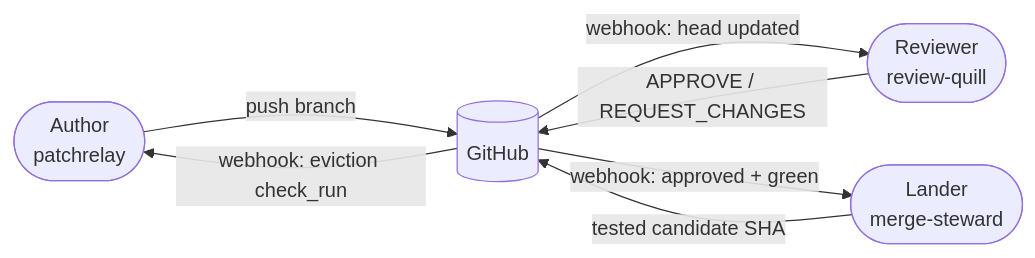
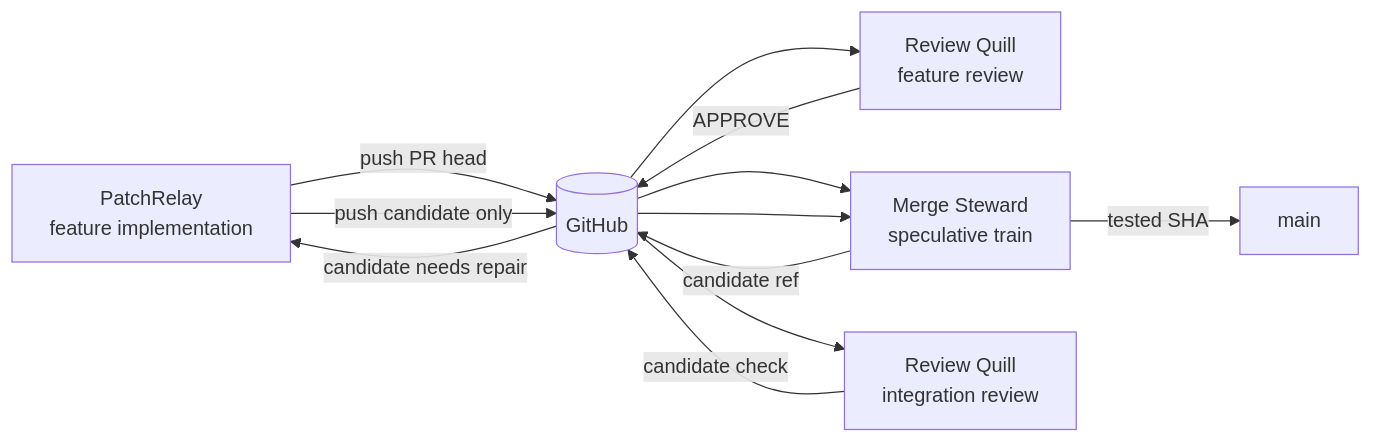
Before and after one commit to krasnoperov/patchrelay: the first of 2 diagrams in docs/concepts.md, drawn with Mermaid. The commit also changed other lines of this file and 94 other files, not shown here.

Commit message:
feat: integrate approved PRs on speculative candidates

````diff
--- a/docs/concepts.md
+++ b/docs/concepts.md
@@ -11,14 +19,14 @@
 ```mermaid
 flowchart LR
-    Author([Author<br/>patchrelay])
-    Reviewer([Reviewer<br/>review-quill])
-    Lander([Lander<br/>merge-steward])
-    GH[(GitHub)]
-
-    Author -->|push branch| GH
-    GH -->|webhook: head updated| Reviewer
-    Reviewer -->|APPROVE / REQUEST_CHANGES| GH
-    GH -->|webhook: approved + green| Lander
-    Lander -->|tested candidate SHA| GH
-    GH -->|webhook: eviction check_run| Author
+    P[PatchRelay<br/>feature implementation] -->|push PR head| GH[(GitHub)]
+    GH --> R[Review Quill<br/>feature review]
+    R -->|APPROVE| GH
+    GH --> M[Merge Steward<br/>speculative train]
+    M -->|candidate ref| GH
+    GH -->|candidate needs repair| P
+    P -->|push candidate only| GH
+    GH --> IR[Review Quill<br/>integration review]
+    IR -->|candidate check| GH
+    GH --> M
+    M -->|tested SHA| Main[main]
 ```
````
